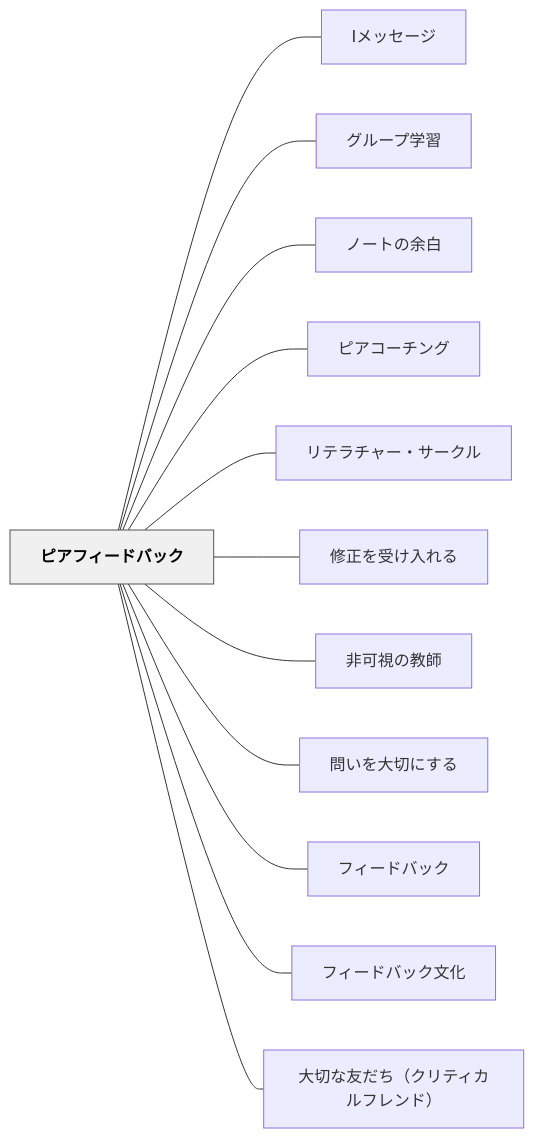
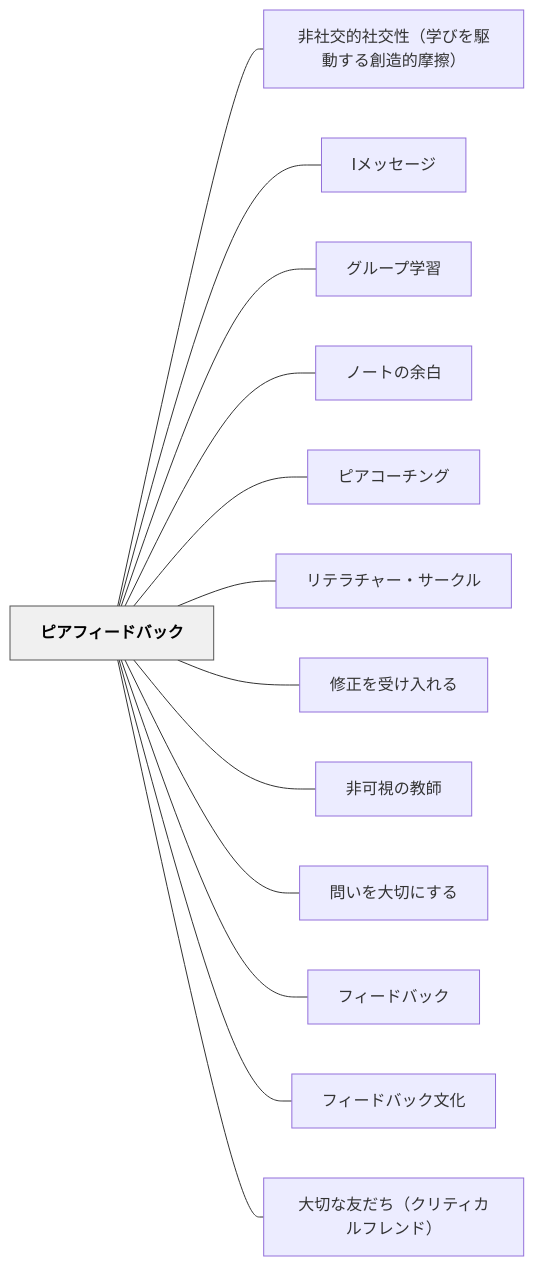
One commit to unknownthings-ed-patterns/unknownthings-ed-patterns changed the diagram in content/パタン/ピアフィードバック.md. Above: the diagram before and after it, drawn with Mermaid. The commit also changed other lines of this file and 14 other files, not shown here.

````diff
--- a/content/パタン/ピアフィードバック.md
+++ b/content/パタン/ピアフィードバック.md
@@ -89,30 +90,32 @@
 ```mermaid
 flowchart LR
     ne38394e382a2e38395e382a3e383bce38389e38390e38383e382af["ピアフィードバック"]
+    ne99d9ee7a4bee4baa4e79a84e7a4bee4baa4e680a7efbc88e5ada6e381b3e38292e9a786e58b95e38199e3828be589b5e980a0e79a84e691a9e693a6efbc89["非社交的社交性（学びを駆動する創造的摩擦）"]
     n49e383a1e38383e382bbe383bce382b8["Iメッセージ"]
     ne382b0e383abe383bce38397e5ada6e7bf92["グループ学習"]
     ne3838ee383bce38388e381aee4bd99e799bd["ノートの余白"]
     ne38394e382a2e382b3e383bce38381e383b3e382b0["ピアコーチング"]
     ne383aae38386e383a9e38381e383a3e383bce383bbe382b5e383bce382afe383ab["リテラチャー・サークル"]
     ne4bfaee6ada3e38292e58f97e38191e585a5e3828ce3828b["修正を受け入れる"]
     ne99d9ee58fafe8a696e381aee69599e5b8ab["非可視の教師"]
     ne5958fe38184e38292e5a4a7e58887e381abe38199e3828b["問いを大切にする"]
     ne38395e382a3e383bce38389e38390e38383e382af["フィードバック"]
     ne38395e382a3e383bce38389e38390e38383e382afe69687e58c96["フィードバック文化"]
     ne5a4a7e58887e381aae58f8be381a0e381a1efbc88e382afe383aae38386e382a3e382abe383abe38395e383ace383b3e38389efbc89["大切な友だち（クリティカルフレンド）"]
 
+    ne38394e382a2e38395e382a3e383bce38389e38390e38383e382af --- ne99d9ee7a4bee4baa4e79a84e7a4bee4baa4e680a7efbc88e5ada6e381b3e38292e9a786e58b95e38199e3828be589b5e980a0e79a84e691a9e693a6efbc89
     ne38394e382a2e38395e382a3e383bce38389e38390e38383e382af --- n49e383a1e38383e382bbe383bce382b8
     ne38394e382a2e38395e382a3e383bce38389e38390e38383e382af --- ne382b0e383abe383bce38397e5ada6e7bf92
     ne38394e382a2e38395e382a3e383bce38389e38390e38383e382af --- ne3838ee383bce38388e381aee4bd99e799bd
     ne38394e382a2e38395e382a3e383bce38389e38390e38383e382af --- ne38394e382a2e382b3e383bce38381e383b3e382b0
     ne38394e382a2e38395e382a3e383bce38389e38390e38383e382af --- ne383aae38386e383a9e38381e383a3e383bce383bbe382b5e383bce382afe383ab
     ne38394e382a2e38395e382a3e383bce38389e38390e38383e382af --- ne4bfaee6ada3e38292e58f97e38191e585a5e3828ce3828b
     ne38394e382a2e38395e382a3e383bce38389e38390e38383e382af --- ne99d9ee58fafe8a696e381aee69599e5b8ab
     ne38394e382a2e38395e382a3e383bce38389e38390e38383e382af --- ne5958fe38184e38292e5a4a7e58887e381abe38199e3828b
     ne38394e382a2e38395e382a3e383bce38389e38390e38383e382af --- ne38395e382a3e383bce38389e38390e38383e382af
     ne38394e382a2e38395e382a3e383bce38389e38390e38383e382af --- ne38395e382a3e383bce38389e38390e38383e382afe69687e58c96
     ne38394e382a2e38395e382a3e383bce38389e38390e38383e382af --- ne5a4a7e58887e381aae58f8be381a0e381a1efbc88e382afe383aae38386e382a3e382abe383abe38395e383ace383b3e38389efbc89
 
     classDef hub fill:#f0f0f0,stroke:#555,color:#000,font-weight:bold
     class ne38394e382a2e38395e382a3e383bce38389e38390e38383e382af hub
 ```
````
